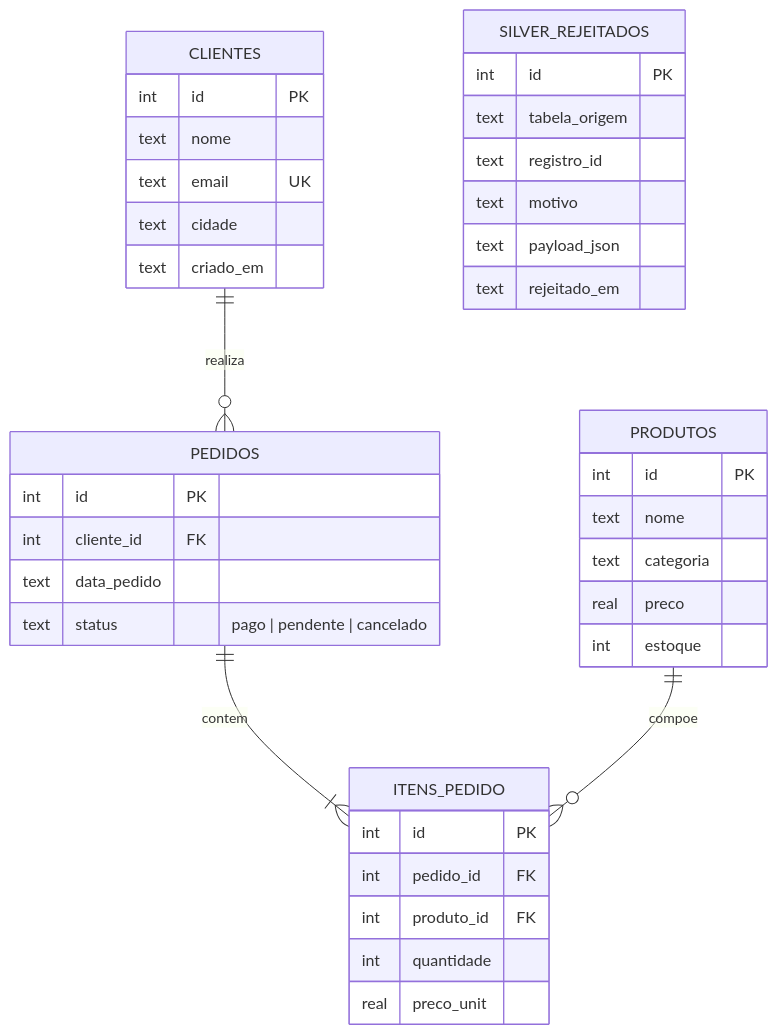
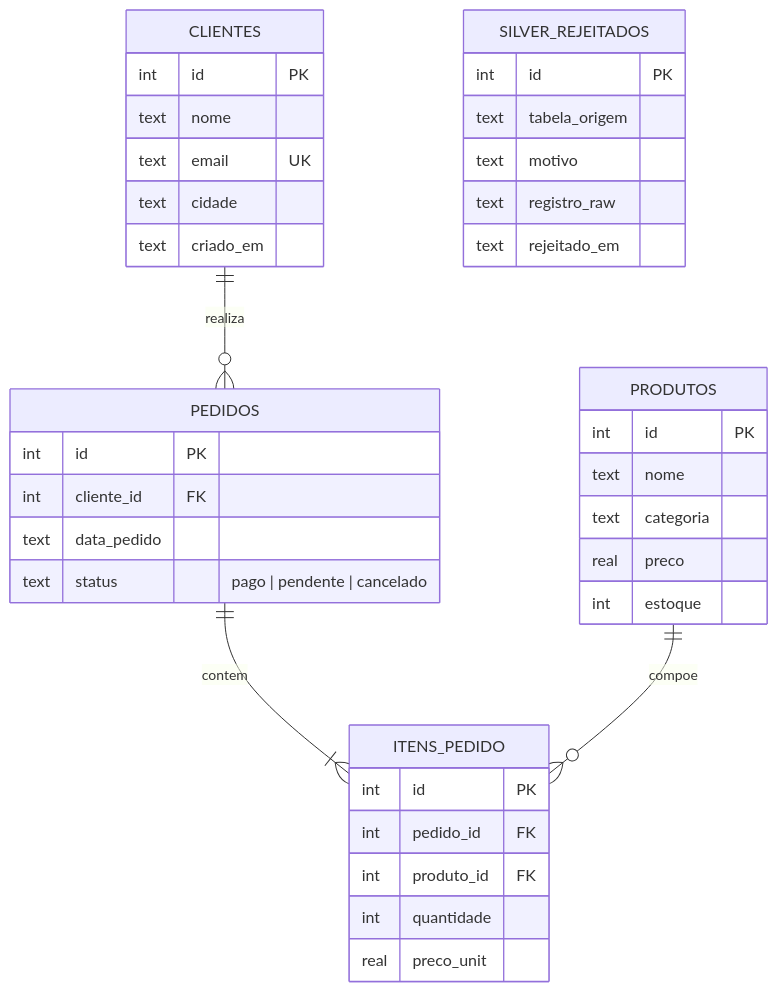
Before and after one commit to Nayanearaujo/desafio-engenharia-dados-jr: the second of 2 diagrams in README.md, drawn with Mermaid. The commit also changed other lines of this file, not shown here.

Commit message:
docs(readme): alinha schema silver_rejeitados e opcao 20 do menu

````diff
--- a/README.md
+++ b/README.md
@@ -54,46 +54,45 @@
 ```mermaid
 erDiagram
     CLIENTES ||--o{ PEDIDOS : "realiza"
     PEDIDOS ||--|{ ITENS_PEDIDO : "contem"
     PRODUTOS ||--o{ ITENS_PEDIDO : "compoe"
 
     CLIENTES {
         int id PK
         text nome
         text email UK
         text cidade
         text criado_em
     }
 
     PRODUTOS {
         int id PK
         text nome
         text categoria
         real preco
         int estoque
     }
 
     PEDIDOS {
         int id PK
         int cliente_id FK
         text data_pedido
         text status "pago | pendente | cancelado"
     }
 
     ITENS_PEDIDO {
         int id PK
         int pedido_id FK
         int produto_id FK
         int quantidade
         real preco_unit
     }
 
     SILVER_REJEITADOS {
         int id PK
         text tabela_origem
-        text registro_id
         text motivo
-        text payload_json
+        text registro_raw
         text rejeitado_em
     }
 ```
````
